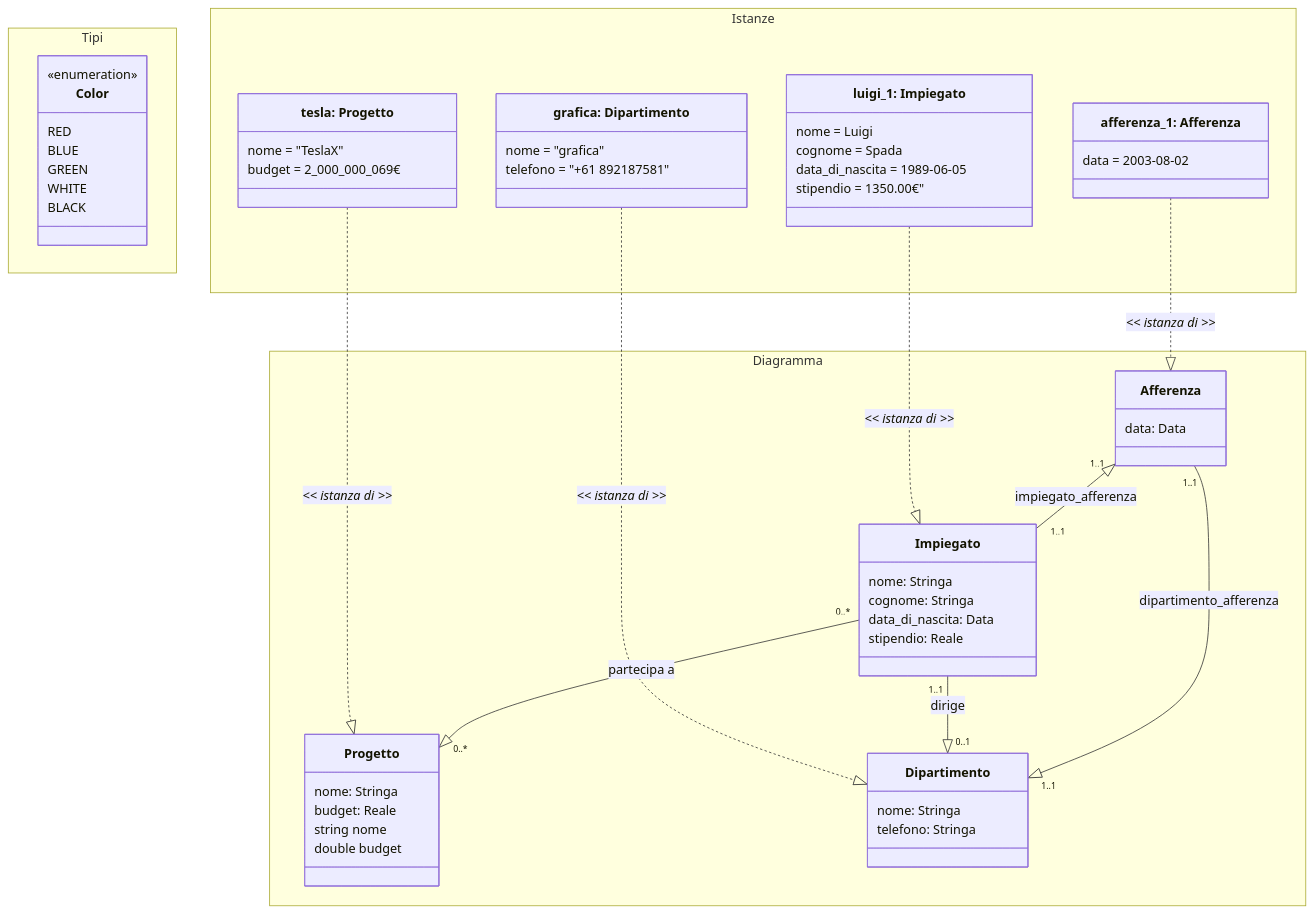
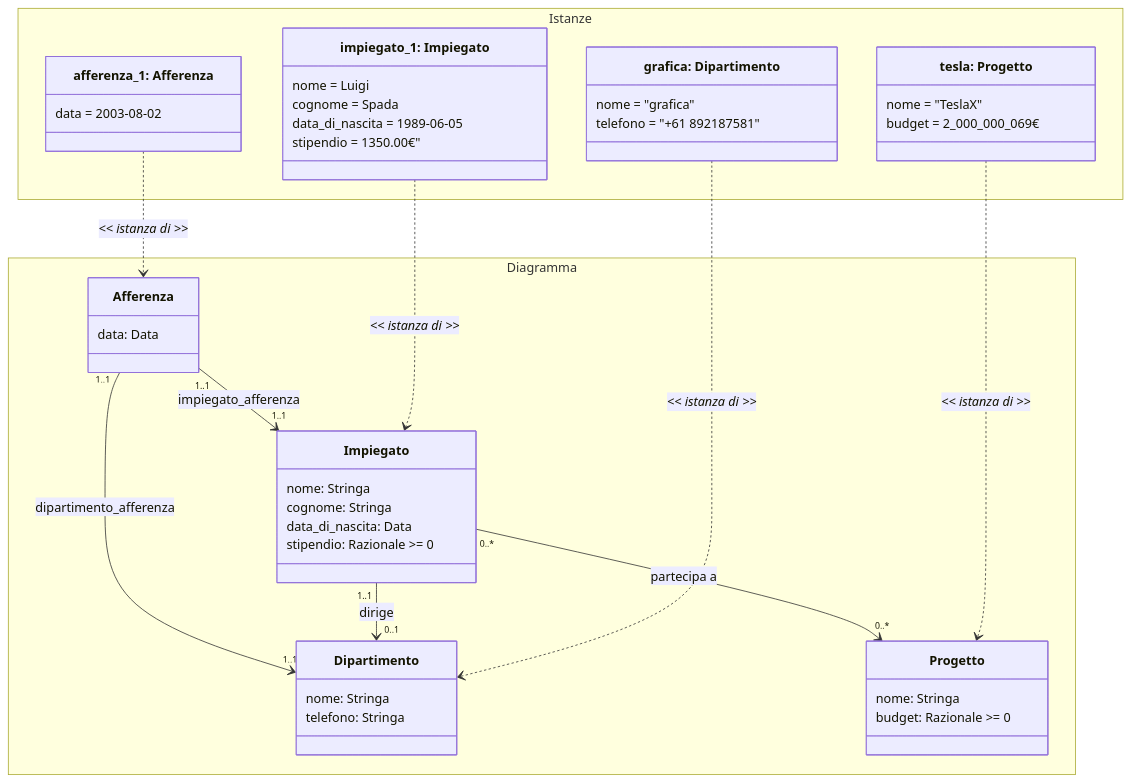
The diagram in book/basi-di-dati-2/azienda-1.md (CuriousCI/university), drawn with Mermaid before and after one commit. The commit also changed other lines of this file and 2 other files, not shown here.

Commit message:
updated diagram

````diff
--- a/book/basi-di-dati-2/azienda-1.md
+++ b/book/basi-di-dati-2/azienda-1.md
@@ -24,77 +35,63 @@
 ```mermaid
 classDiagram
 	namespace Diagramma {
-		class Progetto {
-			nome: Stringa
-			budget: Reale
-			string nome
-			double budget
+		class Impiegato {
+            nome: Stringa
+            cognome: Stringa
+            data_di_nascita: Data
+            stipendio: Razionale >= 0
 		}
 
-		class Impiegato {
+		class Dipartimento {
 			nome: Stringa
-			cognome: Stringa
-			data_di_nascita: Data
-			stipendio: Reale
+			telefono: Stringa
 		}
 
 		class Afferenza {
 			data: Data
 		}
 
-		class Dipartimento {
+		class Progetto {
 			nome: Stringa
-			telefono: Stringa
+			budget: Razionale >= 0
 		}
 	}
 
-	namespace Tipi {
-		class Color{
-			<<enumeration>>
-			RED
-			BLUE
-			GREEN
-			WHITE
-			BLACK
-		}
-	}
-
-
 	namespace Istanze {
-		class luigi {
+		class impiegato_1 {
 			nome = Luigi
 			cognome = Spada
 			data_di_nascita = 1989-06-05
 			stipendio = 1350.00€"
 		}
-		class luigi["luigi_1: Impiegato"]
+		class impiegato_1["impiegato_1: Impiegato"]
 
-		class aff {
+		class afferenza_1 {
 			data = 2003-08-02
 		}
-		class aff["afferenza_1: Afferenza"]
+		class afferenza_1["afferenza_1: Afferenza"]
 
-		class dip {
+		class dipartimento_1 {
 			nome = "grafica"
 			telefono = "+61 892187581"
 		}
-		class dip["grafica: Dipartimento"]
+		class dipartimento_1["grafica: Dipartimento"]
 
-		class prog {
+		class progetto_1 {
 			nome = "TeslaX"
 			budget = 2_000_000_069€
 		}
-		class prog["tesla: Progetto"]
+		class progetto_1["tesla: Progetto"]
 	}
 
 
-	Afferenza "1..1" <|-- "1..1" Impiegato : impiegato_afferenza
-	Afferenza "1..1" --|> "1..1" Dipartimento : dipartimento_afferenza
-	Impiegato "1..1" --|> "0..1" Dipartimento : dirige
-	Impiegato "0..*" --|> "0..*" Progetto : partecipa a
+	Impiegato "0..*" --> "0..*" Progetto : partecipa a
+	Afferenza "1..1" --> "1..1" Impiegato : impiegato_afferenza
+	Afferenza "1..1" --> "1..1" Dipartimento : dipartimento_afferenza
+	Impiegato "1..1" --> "0..1" Dipartimento : dirige
 
-	luigi ..|> Impiegato : <i><< istanza di >></i>
-	aff ..|> Afferenza : <i><< istanza di >></i>
-	dip ..|> Dipartimento : <i><< istanza di >></i>
-	prog ..|> Progetto : <i><< istanza di >></i>
+	impiegato_1 ..> Impiegato : <i><< istanza di >></i>
+	dipartimento_1 ..> Dipartimento : <i><< istanza di >></i>
+	progetto_1 ..> Progetto : <i><< istanza di >></i>
+	afferenza_1 ..> Afferenza : <i><< istanza di >></i>
 ```
````
